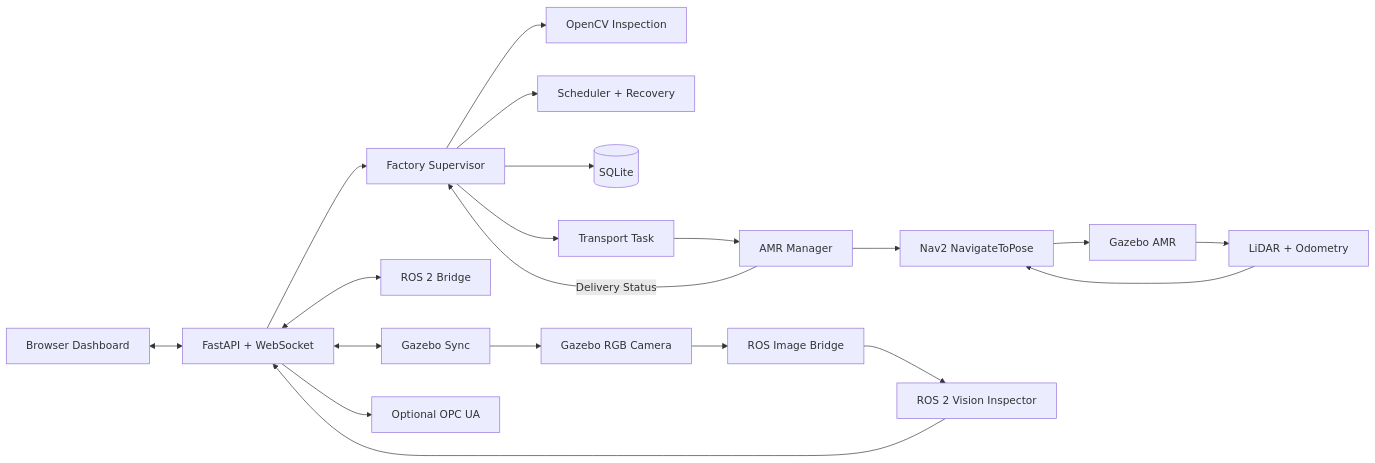
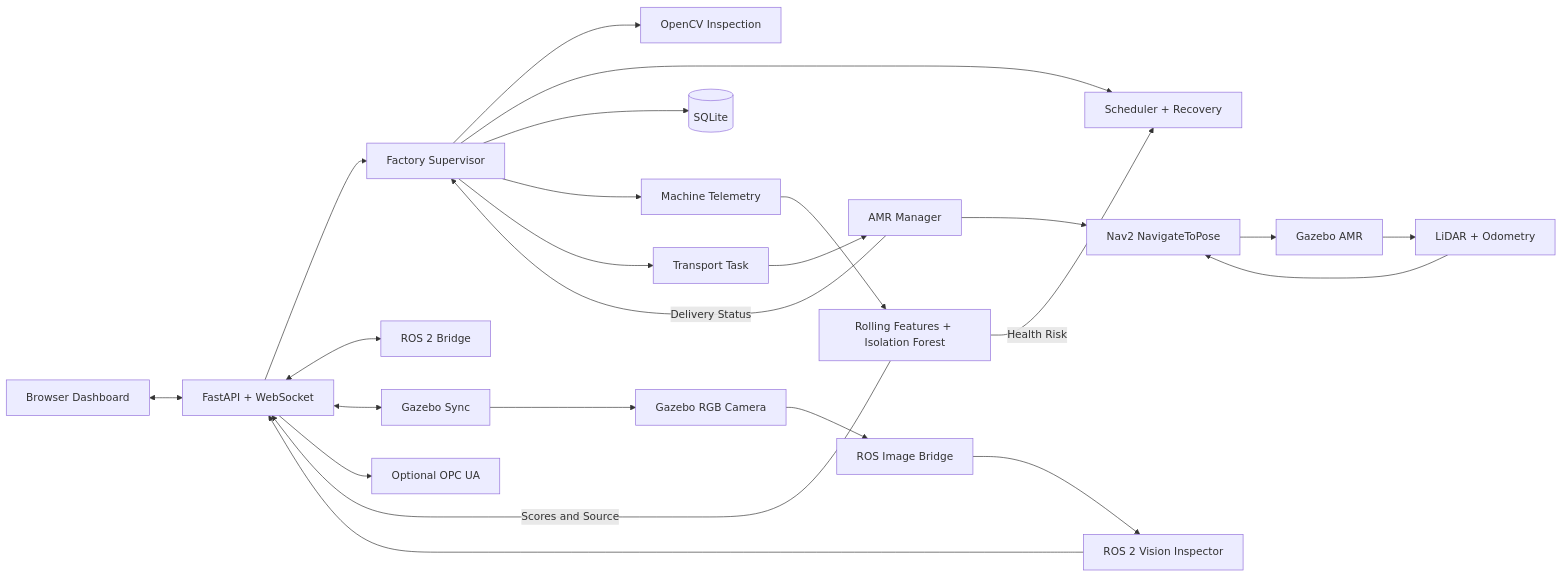
The diagram in README.md (jalal006/reconfactory-digital-twin), drawn with Mermaid before and after one commit. The commit also changed other lines of this file and 34 other files, not shown here.

````diff
--- a/README.md
+++ b/README.md
@@ -65,22 +67,26 @@
 ```mermaid
 flowchart LR
     UI[Browser Dashboard] <--> API[FastAPI + WebSocket]
     API --> SUP[Factory Supervisor]
     SUP --> VIS[OpenCV Inspection]
     SUP --> SCH[Scheduler + Recovery]
     SUP --> DB[(SQLite)]
+    SUP --> TELEMETRY[Machine Telemetry]
+    TELEMETRY --> HEALTH[Rolling Features + Isolation Forest]
+    HEALTH -->|Health Risk| SCH
+    HEALTH -->|Scores and Source| API
     API <--> ROS[ROS 2 Bridge]
     API <--> GZ[Gazebo Sync]
     GZ --> CAM[Gazebo RGB Camera]
     CAM --> ROSIMG[ROS Image Bridge]
     ROSIMG --> VISNODE[ROS 2 Vision Inspector]
     VISNODE --> API
     SUP --> TASK[Transport Task]
     TASK --> AMR[AMR Manager]
     AMR --> NAV[Nav2 NavigateToPose]
     NAV --> ROBOT[Gazebo AMR]
     ROBOT --> SENS[LiDAR + Odometry]
     SENS --> NAV
     AMR -->|Delivery Status| SUP
     API --> OPC[Optional OPC UA]
 ```
````
